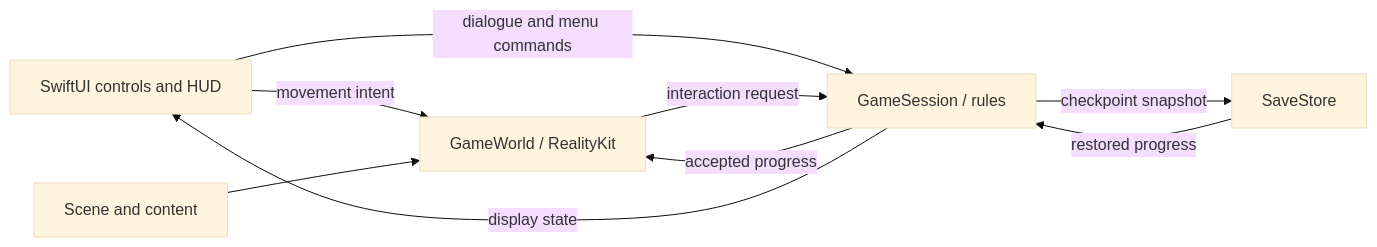
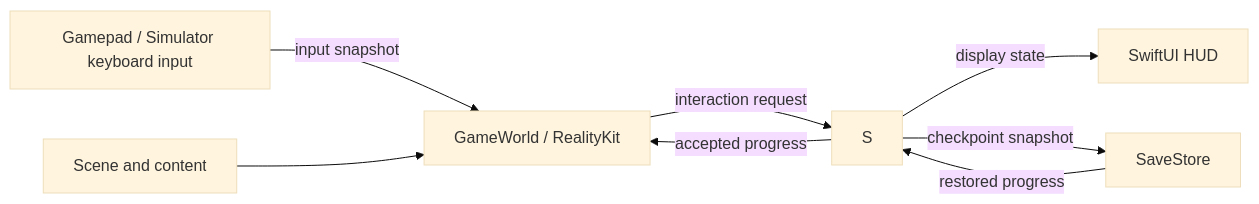
One commit to RonildoBraga/lauder changed the diagram in docs/architecture.md. Above: the diagram before and after it, drawn with Mermaid (base theme). The commit also changed other lines of this file and 21 other files, not shown here.

First line of the commit message:
Add Stage 2 route with controller and keyboard input (#11)

````diff
--- a/docs/architecture.md
+++ b/docs/architecture.md
@@ -60,11 +60,11 @@
 ```mermaid
 flowchart LR
-    UI["SwiftUI controls and HUD"] -->|movement intent| W["GameWorld / RealityKit"]
-    UI -->|dialogue and menu commands| S["GameSession / rules"]
+    I["Gamepad / Simulator keyboard input"] -->|input snapshot| W["GameWorld / RealityKit"]
+    UI["SwiftUI HUD"]
     W -->|interaction request| S
     S -->|accepted progress| W
     S -->|display state| UI
     S -->|checkpoint snapshot| P["SaveStore"]
     P -->|restored progress| S
     C["Scene and content"] --> W
 ```
````
